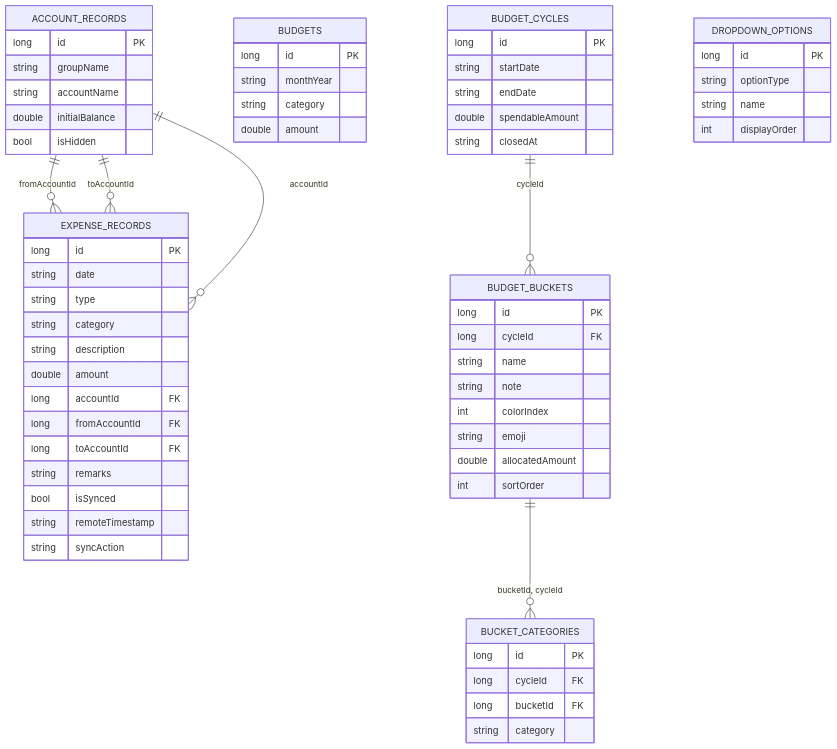
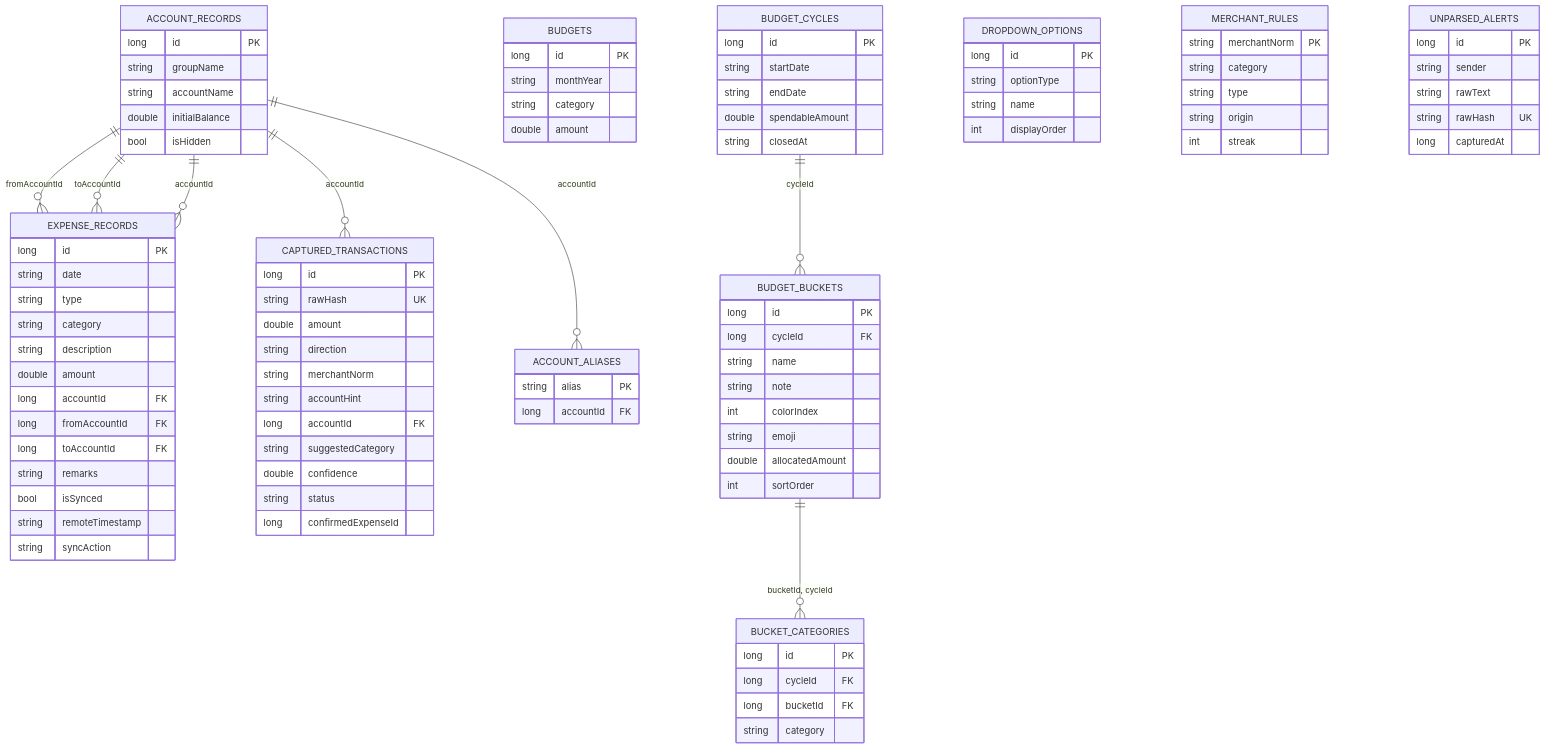
One commit to issaczerubbabela/L-Edgar changed the fourth of 5 diagrams in docs/ARCHITECTURE.md. Above: the diagram before and after it, drawn with Mermaid. The commit also changed other lines of this file and 8 other files, not shown here.

````diff
--- a/docs/ARCHITECTURE.md
+++ b/docs/ARCHITECTURE.md
@@ -232,4 +233,42 @@
         string name
         int displayOrder
     }
+
+    ACCOUNT_RECORDS ||--o{ CAPTURED_TRANSACTIONS : accountId
+    ACCOUNT_RECORDS ||--o{ ACCOUNT_ALIASES : accountId
+
+    CAPTURED_TRANSACTIONS {
+        long id PK
+        string rawHash UK
+        double amount
+        string direction
+        string merchantNorm
+        string accountHint
+        long accountId FK
+        string suggestedCategory
+        double confidence
+        string status
+        long confirmedExpenseId
+    }
+
+    MERCHANT_RULES {
+        string merchantNorm PK
+        string category
+        string type
+        string origin
+        int streak
+    }
+
+    ACCOUNT_ALIASES {
+        string alias PK
+        long accountId FK
+    }
+
+    UNPARSED_ALERTS {
+        long id PK
+        string sender
+        string rawText
+        string rawHash UK
+        long capturedAt
+    }
 ```
````
